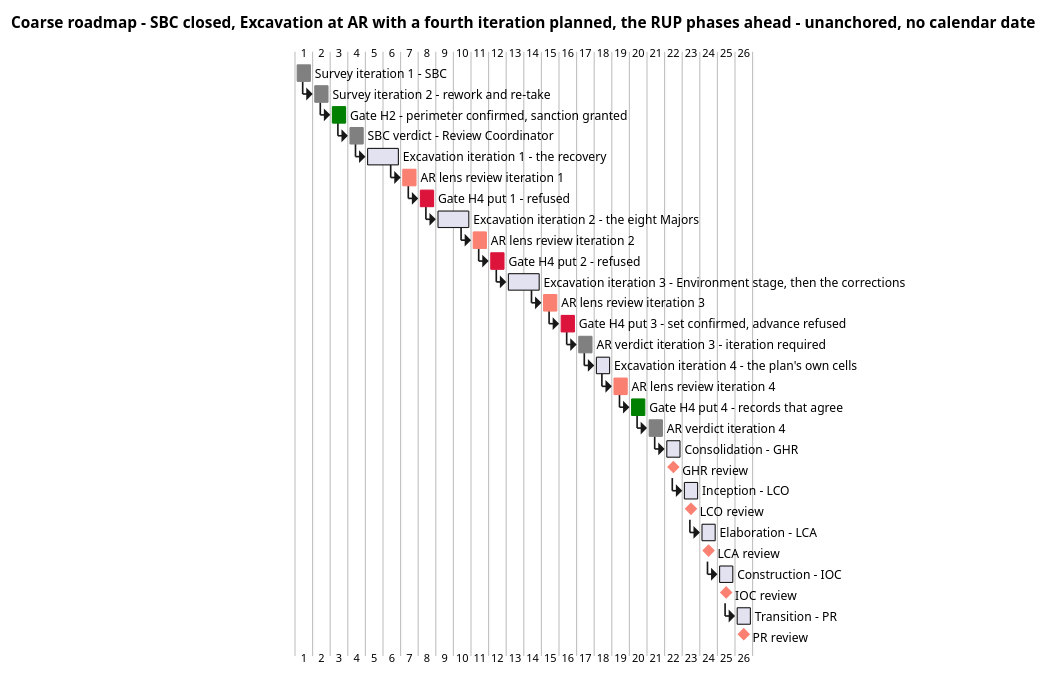
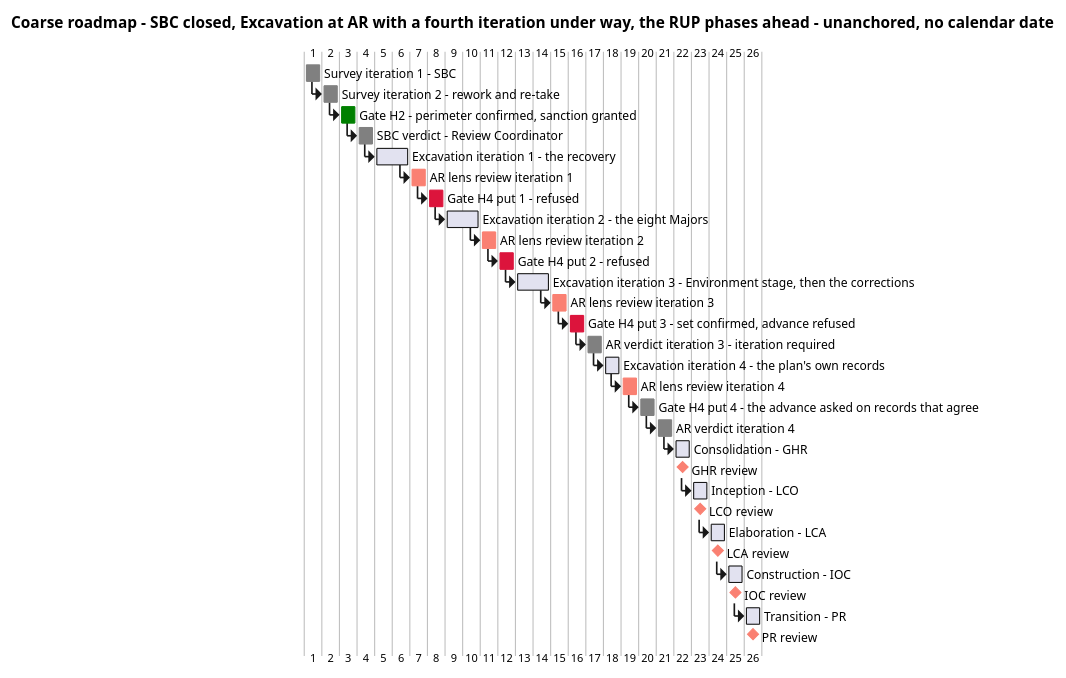
One commit to banense-test/TodoApp changed the second of 6 diagrams in docs/artifacts/project-management/iteration-plan.md. Above: the diagram before and after it, drawn with PlantUML. The commit also changed other lines of this file, not shown here.

First line of the commit message:
Project Manager [Excavation4]: upsert Iteration Plan

````diff
--- a/docs/artifacts/project-management/iteration-plan.md
+++ b/docs/artifacts/project-management/iteration-plan.md
@@ -57,75 +57,75 @@
 ```plantuml
 @startgantt
-title Coarse roadmap - SBC closed, Excavation at AR with a fourth iteration planned, the RUP phases ahead - unanchored, no calendar date
+title Coarse roadmap - SBC closed, Excavation at AR with a fourth iteration under way, the RUP phases ahead - unanchored, no calendar date
 
 [Survey iteration 1 - SBC] lasts 1 day
 [Survey iteration 1 - SBC] is colored in Gray
 [Survey iteration 2 - rework and re-take] lasts 1 day
 [Survey iteration 2 - rework and re-take] starts at [Survey iteration 1 - SBC]'s end
 [Survey iteration 2 - rework and re-take] is colored in Gray
 [Gate H2 - perimeter confirmed, sanction granted] lasts 1 day
 [Gate H2 - perimeter confirmed, sanction granted] starts at [Survey iteration 2 - rework and re-take]'s end
 [Gate H2 - perimeter confirmed, sanction granted] is colored in Green
 [SBC verdict - Review Coordinator] lasts 1 day
 [SBC verdict - Review Coordinator] starts at [Gate H2 - perimeter confirmed, sanction granted]'s end
 [SBC verdict - Review Coordinator] is colored in Gray
 [Excavation iteration 1 - the recovery] lasts 2 days
 [Excavation iteration 1 - the recovery] starts at [SBC verdict - Review Coordinator]'s end
 [AR lens review iteration 1] lasts 1 day
 [AR lens review iteration 1] starts at [Excavation iteration 1 - the recovery]'s end
 [AR lens review iteration 1] is colored in Salmon
 [Gate H4 put 1 - refused] lasts 1 day
 [Gate H4 put 1 - refused] starts at [AR lens review iteration 1]'s end
 [Gate H4 put 1 - refused] is colored in Crimson
 [Excavation iteration 2 - the eight Majors] lasts 2 days
 [Excavation iteration 2 - the eight Majors] starts at [Gate H4 put 1 - refused]'s end
 [AR lens review iteration 2] lasts 1 day
 [AR lens review iteration 2] starts at [Excavation iteration 2 - the eight Majors]'s end
 [AR lens review iteration 2] is colored in Salmon
 [Gate H4 put 2 - refused] lasts 1 day
 [Gate H4 put 2 - refused] starts at [AR lens review iteration 2]'s end
 [Gate H4 put 2 - refused] is colored in Crimson
 [Excavation iteration 3 - Environment stage, then the corrections] lasts 2 days
 [Excavation iteration 3 - Environment stage, then the corrections] starts at [Gate H4 put 2 - refused]'s end
 [AR lens review iteration 3] lasts 1 day
 [AR lens review iteration 3] starts at [Excavation iteration 3 - Environment stage, then the corrections]'s end
 [AR lens review iteration 3] is colored in Salmon
 [Gate H4 put 3 - set confirmed, advance refused] lasts 1 day
 [Gate H4 put 3 - set confirmed, advance refused] starts at [AR lens review iteration 3]'s end
 [Gate H4 put 3 - set confirmed, advance refused] is colored in Crimson
 [AR verdict iteration 3 - iteration required] lasts 1 day
 [AR verdict iteration 3 - iteration required] starts at [Gate H4 put 3 - set confirmed, advance refused]'s end
 [AR verdict iteration 3 - iteration required] is colored in Gray
-[Excavation iteration 4 - the plan's own cells] lasts 1 day
-[Excavation iteration 4 - the plan's own cells] starts at [AR verdict iteration 3 - iteration required]'s end
+[Excavation iteration 4 - the plan's own records] lasts 1 day
+[Excavation iteration 4 - the plan's own records] starts at [AR verdict iteration 3 - iteration required]'s end
 [AR lens review iteration 4] lasts 1 day
-[AR lens review iteration 4] starts at [Excavation iteration 4 - the plan's own cells]'s end
+[AR lens review iteration 4] starts at [Excavation iteration 4 - the plan's own records]'s end
 [AR lens review iteration 4] is colored in Salmon
-[Gate H4 put 4 - records that agree] lasts 1 day
-[Gate H4 put 4 - records that agree] starts at [AR lens review iteration 4]'s end
-[Gate H4 put 4 - records that agree] is colored in Green
+[Gate H4 put 4 - the advance asked on records that agree] lasts 1 day
+[Gate H4 put 4 - the advance asked on records that agree] starts at [AR lens review iteration 4]'s end
+[Gate H4 put 4 - the advance asked on records that agree] is colored in Gray
 [AR verdict iteration 4] lasts 1 day
-[AR verdict iteration 4] starts at [Gate H4 put 4 - records that agree]'s end
+[AR verdict iteration 4] starts at [Gate H4 put 4 - the advance asked on records that agree]'s end
 [AR verdict iteration 4] is colored in Gray
 [Consolidation - GHR] lasts 1 day
 [Consolidation - GHR] starts at [AR verdict iteration 4]'s end
 [GHR review] happens at [Consolidation - GHR]'s end
 [GHR review] is colored in Salmon
 [Inception - LCO] lasts 1 day
 [Inception - LCO] starts at [GHR review]'s end
 [LCO review] happens at [Inception - LCO]'s end
 [LCO review] is colored in Salmon
 [Elaboration - LCA] lasts 1 day
 [Elaboration - LCA] starts at [LCO review]'s end
 [LCA review] happens at [Elaboration - LCA]'s end
 [LCA review] is colored in Salmon
 [Construction - IOC] lasts 1 day
 [Construction - IOC] starts at [LCA review]'s end
 [IOC review] happens at [Construction - IOC]'s end
 [IOC review] is colored in Salmon
 [Transition - PR] lasts 1 day
 [Transition - PR] starts at [IOC review]'s end
 [PR review] happens at [Transition - PR]'s end
 [PR review] is colored in Salmon
 @endgantt
 ```
````
